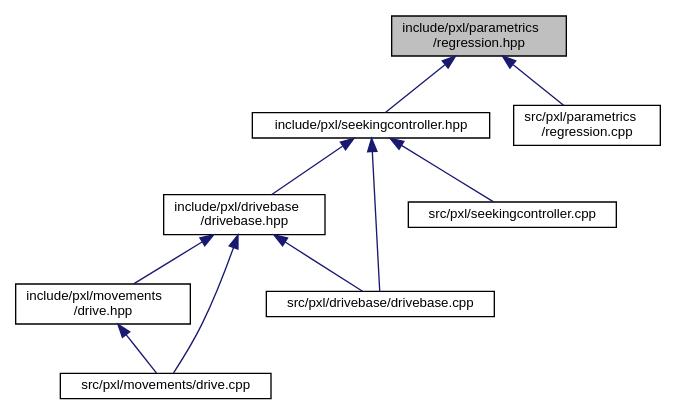
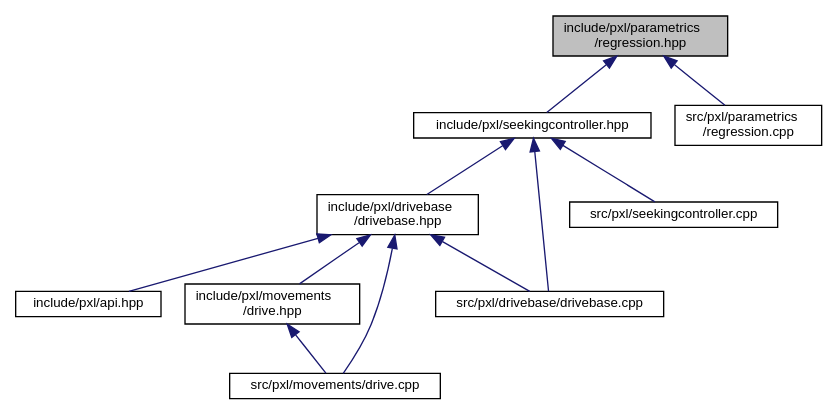
The diagram in regression_8hpp__dep__incl.dot (Pixel-Lib/Pixel), drawn with Graphviz before and after one commit. The commit also changed 14 other files, not shown here.

```diff
--- a/regression_8hpp__dep__incl.dot
+++ b/regression_8hpp__dep__incl.dot
@@ -1,23 +1,25 @@
 digraph "include/pxl/parametrics/regression.hpp"
 {
  // LATEX_PDF_SIZE
   edge [fontname="Helvetica",fontsize="10",labelfontname="Helvetica",labelfontsize="10"];
   node [fontname="Helvetica",fontsize="10",shape=record];
   Node1 [label="include/pxl/parametrics\l/regression.hpp",height=0.2,width=0.4,color="black", fillcolor="grey75", style="filled", fontcolor="black",tooltip=" "];
   Node1 -> Node2 [dir="back",color="midnightblue",fontsize="10",style="solid",fontname="Helvetica"];
   Node2 [label="include/pxl/seekingcontroller.hpp",height=0.2,width=0.4,color="black", fillcolor="white", style="filled",URL="$seekingcontroller_8hpp.html",tooltip=" "];
   Node2 -> Node3 [dir="back",color="midnightblue",fontsize="10",style="solid",fontname="Helvetica"];
   Node3 [label="include/pxl/drivebase\l/drivebase.hpp",height=0.2,width=0.4,color="black", fillcolor="white", style="filled",URL="$drivebase_8hpp.html",tooltip=" "];
   Node3 -> Node4 [dir="back",color="midnightblue",fontsize="10",style="solid",fontname="Helvetica"];
-  Node4 [label="include/pxl/movements\l/drive.hpp",height=0.2,width=0.4,color="black", fillcolor="white", style="filled",URL="$drive_8hpp.html",tooltip=" "];
-  Node4 -> Node5 [dir="back",color="midnightblue",fontsize="10",style="solid",fontname="Helvetica"];
-  Node5 [label="src/pxl/movements/drive.cpp",height=0.2,width=0.4,color="black", fillcolor="white", style="filled",URL="$drive_8cpp.html",tooltip=" "];
+  Node4 [label="include/pxl/api.hpp",height=0.2,width=0.4,color="black", fillcolor="white", style="filled",URL="$api_8hpp.html",tooltip=" "];
+  Node3 -> Node5 [dir="back",color="midnightblue",fontsize="10",style="solid",fontname="Helvetica"];
+  Node5 [label="include/pxl/movements\l/drive.hpp",height=0.2,width=0.4,color="black", fillcolor="white", style="filled",URL="$drive_8hpp.html",tooltip=" "];
+  Node5 -> Node6 [dir="back",color="midnightblue",fontsize="10",style="solid",fontname="Helvetica"];
+  Node6 [label="src/pxl/movements/drive.cpp",height=0.2,width=0.4,color="black", fillcolor="white", style="filled",URL="$drive_8cpp.html",tooltip=" "];
+  Node3 -> Node7 [dir="back",color="midnightblue",fontsize="10",style="solid",fontname="Helvetica"];
+  Node7 [label="src/pxl/drivebase/drivebase.cpp",height=0.2,width=0.4,color="black", fillcolor="white", style="filled",URL="$drivebase_8cpp.html",tooltip=" "];
   Node3 -> Node6 [dir="back",color="midnightblue",fontsize="10",style="solid",fontname="Helvetica"];
-  Node6 [label="src/pxl/drivebase/drivebase.cpp",height=0.2,width=0.4,color="black", fillcolor="white", style="filled",URL="$drivebase_8cpp.html",tooltip=" "];
-  Node3 -> Node5 [dir="back",color="midnightblue",fontsize="10",style="solid",fontname="Helvetica"];
-  Node2 -> Node6 [dir="back",color="midnightblue",fontsize="10",style="solid",fontname="Helvetica"];
   Node2 -> Node7 [dir="back",color="midnightblue",fontsize="10",style="solid",fontname="Helvetica"];
-  Node7 [label="src/pxl/seekingcontroller.cpp",height=0.2,width=0.4,color="black", fillcolor="white", style="filled",URL="$seekingcontroller_8cpp.html",tooltip=" "];
-  Node1 -> Node8 [dir="back",color="midnightblue",fontsize="10",style="solid",fontname="Helvetica"];
-  Node8 [label="src/pxl/parametrics\l/regression.cpp",height=0.2,width=0.4,color="black", fillcolor="white", style="filled",URL="$regression_8cpp.html",tooltip=" "];
+  Node2 -> Node8 [dir="back",color="midnightblue",fontsize="10",style="solid",fontname="Helvetica"];
+  Node8 [label="src/pxl/seekingcontroller.cpp",height=0.2,width=0.4,color="black", fillcolor="white", style="filled",URL="$seekingcontroller_8cpp.html",tooltip=" "];
+  Node1 -> Node9 [dir="back",color="midnightblue",fontsize="10",style="solid",fontname="Helvetica"];
+  Node9 [label="src/pxl/parametrics\l/regression.cpp",height=0.2,width=0.4,color="black", fillcolor="white", style="filled",URL="$regression_8cpp.html",tooltip=" "];
 }
```
